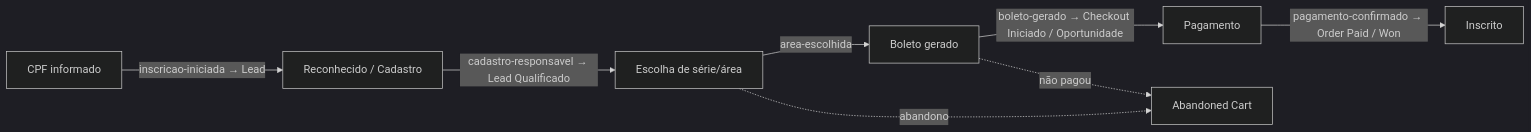
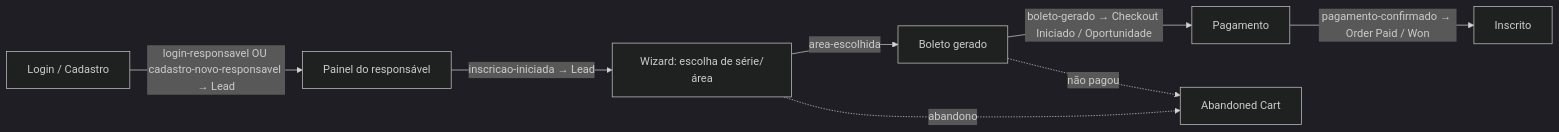
One commit to DI-CSA/admission-enrollment changed the second of 2 diagrams in docs/integracao_rd_station.md. Above: the diagram before and after it, drawn with Mermaid (dark theme). The commit also changed other lines of this file and 13 other files, not shown here.

````diff
--- a/docs/integracao_rd_station.md
+++ b/docs/integracao_rd_station.md
@@ -118,10 +126,10 @@
 ```mermaid
 flowchart LR
-    A[CPF informado] -->|inscricao-iniciada → Lead| B[Reconhecido / Cadastro]
-    B -->|cadastro-responsavel → Lead Qualificado| C[Escolha de série/área]
+    A[Login / Cadastro] -->|login-responsavel OU cadastro-novo-responsavel → Lead| B[Painel do responsável]
+    B -->|inscricao-iniciada → Lead| C[Wizard: escolha de série/área]
     C -->|area-escolhida| D[Boleto gerado]
     D -->|boleto-gerado → Checkout Iniciado / Oportunidade| E[Pagamento]
     E -->|pagamento-confirmado → Order Paid / Won| F[Inscrito]
     C -.->|abandono| G[Abandoned Cart]
     D -.->|não pagou| G
 ```
````
